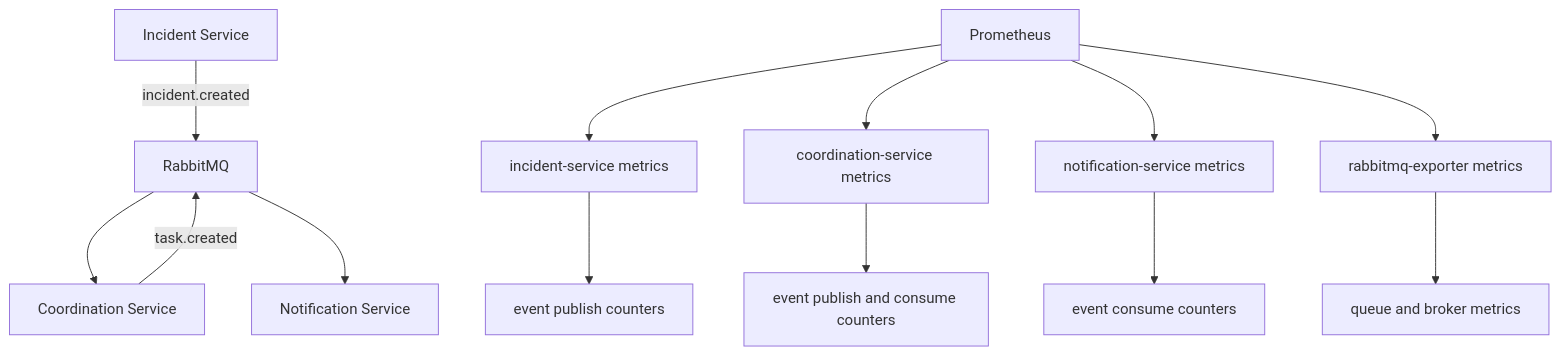
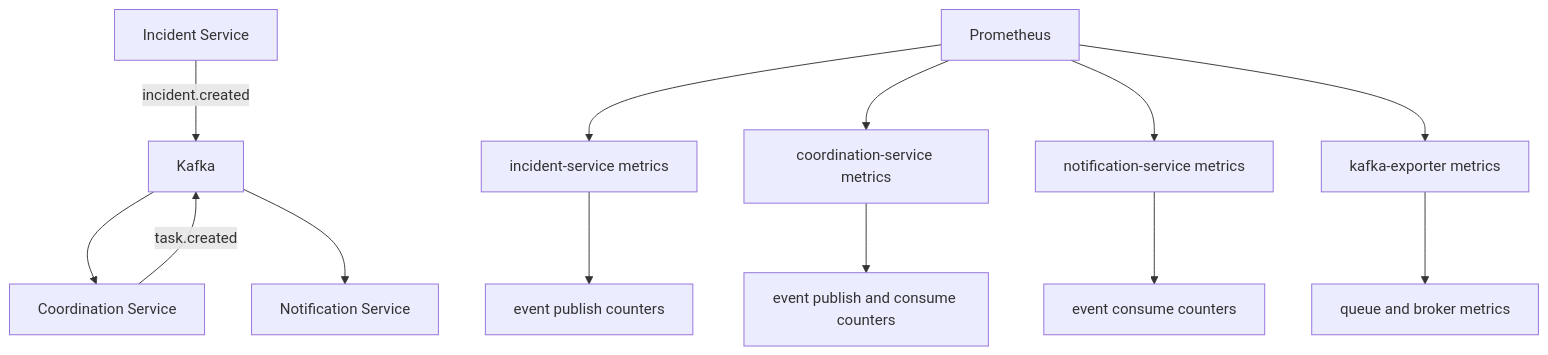
Before and after one commit to hanzala-bhutto/Disaster-Response-Command-Platform: the third of 3 diagrams in docs/phase-7-architecture.md, drawn with Mermaid. The commit also changed other lines of this file and 33 other files, not shown here.

First line of the commit message:
Refactor messaging system from RabbitMQ to Kafka across the platform

````diff
--- a/docs/phase-7-architecture.md
+++ b/docs/phase-7-architecture.md
@@ -63,15 +63,15 @@
 ```mermaid
 flowchart TD
-    A[Incident Service] -- incident.created --> B[RabbitMQ]
+    A[Incident Service] -- incident.created --> B[Kafka]
     B --> C[Coordination Service]
     B --> D[Notification Service]
     C -- task.created --> B
     P[Prometheus] --> E[incident-service metrics]
     P --> F[coordination-service metrics]
     P --> G[notification-service metrics]
-    P --> H[rabbitmq-exporter metrics]
+    P --> H[kafka-exporter metrics]
     E --> I[event publish counters]
     F --> J[event publish and consume counters]
     G --> K[event consume counters]
     H --> L[queue and broker metrics]
 ```
````
